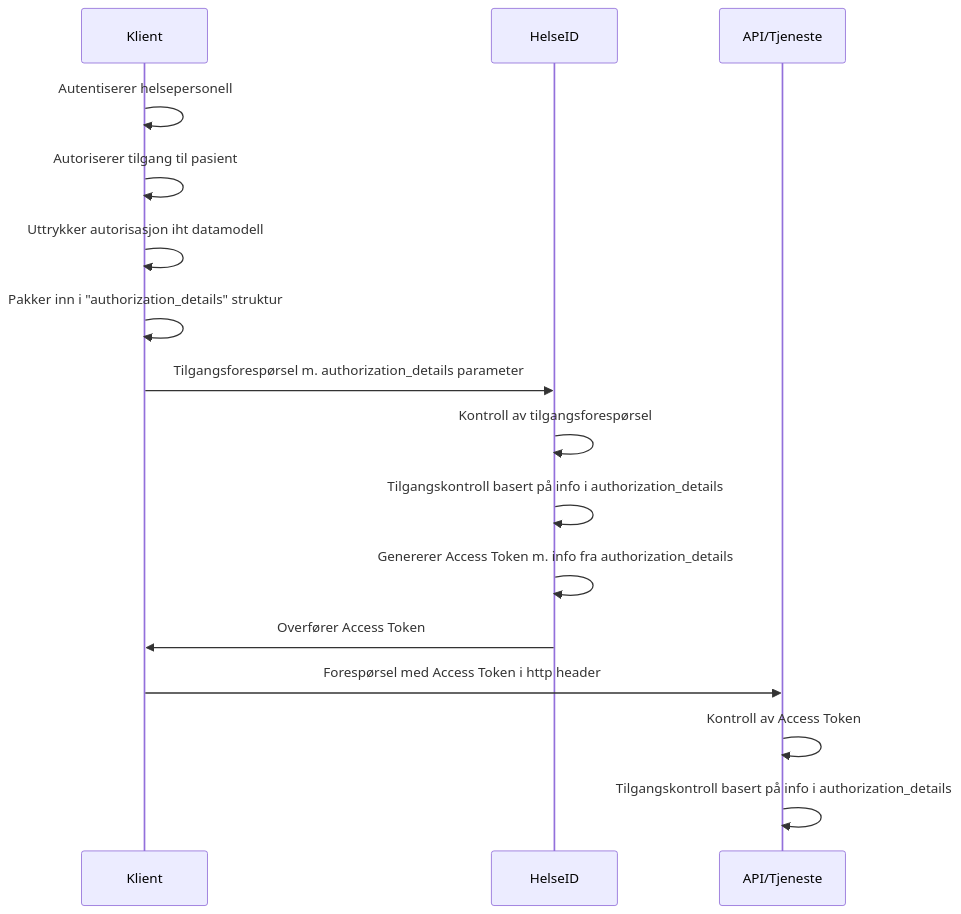
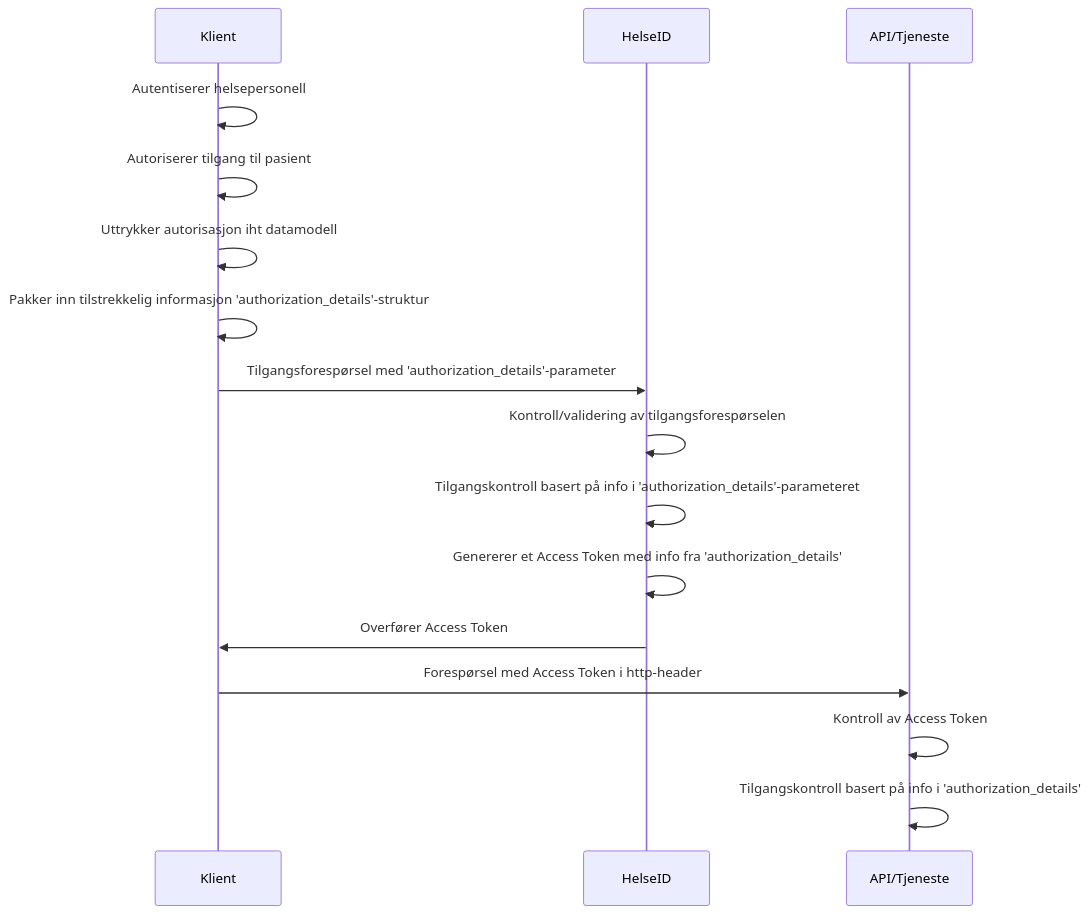
Before and after one commit to NorskHelsenett/Tillitsrammeverk: the diagram in specs/jwt_rar_profil_dokumentdeling.md, drawn with Mermaid. The commit also changed other lines of this file and 3 other files, not shown here.

````diff
--- a/specs/jwt_rar_profil_dokumentdeling.md
+++ b/specs/jwt_rar_profil_dokumentdeling.md
@@ -52,16 +42,16 @@
 ```mermaid
 sequenceDiagram
 	Klient->>Klient: Autentiserer helsepersonell
 	Klient->>Klient: Autoriserer tilgang til pasient
 	Klient->>Klient: Uttrykker autorisasjon iht datamodell
-	Klient->>Klient: Pakker inn i "authorization_details" struktur
-	Klient->>HelseID: Tilgangsforespørsel m. authorization_details parameter
-	HelseID->>HelseID: Kontroll av tilgangsforespørsel
-	HelseID->>HelseID: Tilgangskontroll basert på info i authorization_details
-	HelseID->>HelseID: Genererer Access Token m. info fra authorization_details
+	Klient->>Klient: Pakker inn tilstrekkelig informasjon 'authorization_details'-struktur
+	Klient->>HelseID: Tilgangsforespørsel med 'authorization_details'-parameter
+	HelseID->>HelseID: Kontroll/validering av tilgangsforespørselen
+	HelseID->>HelseID: Tilgangskontroll basert på info i 'authorization_details'-parameteret
+	HelseID->>HelseID: Genererer et Access Token med info fra 'authorization_details'
 	HelseID->>Klient: Overfører Access Token
-	Klient->>API/Tjeneste: Forespørsel med Access Token i http header
+	Klient->>API/Tjeneste: Forespørsel med Access Token i http-header
 	API/Tjeneste->>API/Tjeneste: Kontroll av Access Token
-	API/Tjeneste->>API/Tjeneste: Tilgangskontroll basert på info i authorization_details
+	API/Tjeneste->>API/Tjeneste: Tilgangskontroll basert på info i 'authorization_details'
 
 ```
````
